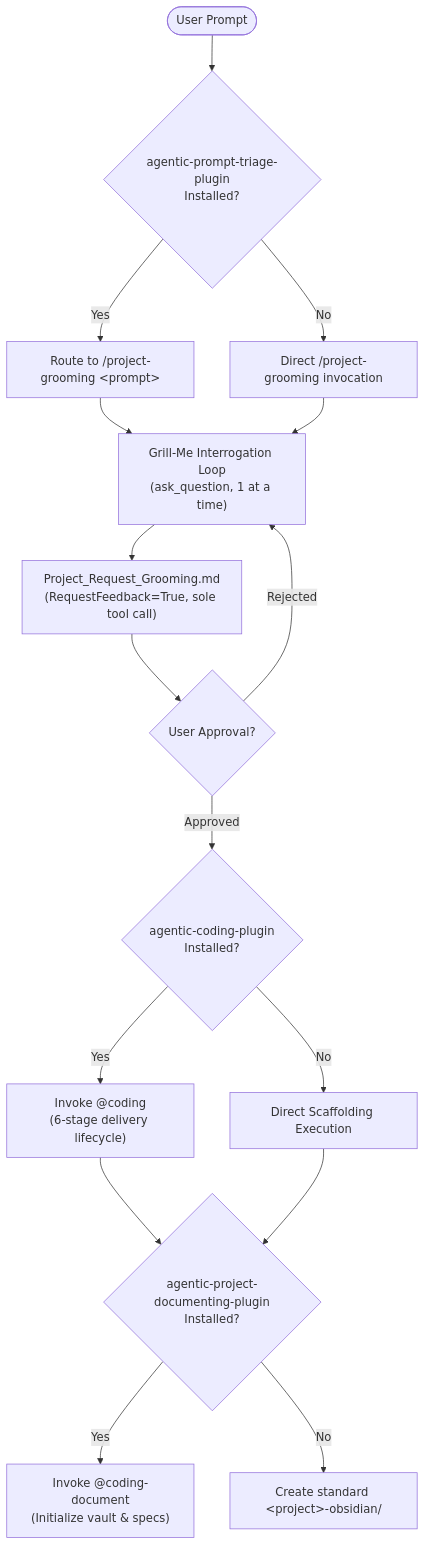
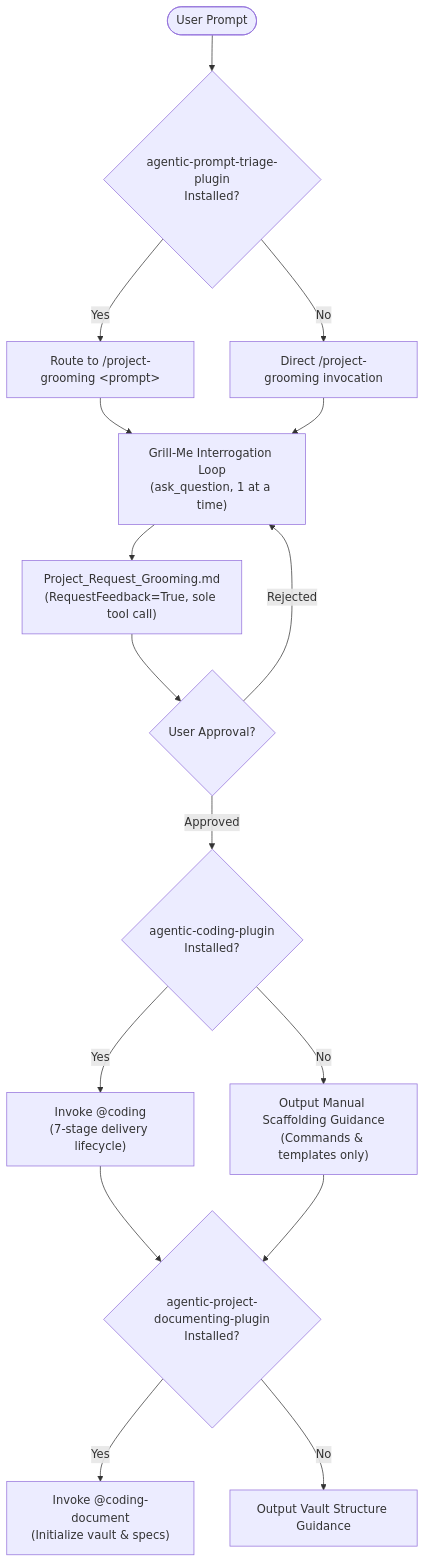
The diagram in plugins/agentic-project-grooming-plugin.md (gpfister/agentic-obsidian), drawn with Mermaid before and after one commit. The commit also changed other lines of this file and 20 other files, not shown here.

````diff
--- a/plugins/agentic-project-grooming-plugin.md
+++ b/plugins/agentic-project-grooming-plugin.md
@@ -83,23 +83,23 @@
 ```mermaid
 flowchart TD
     Prompt(["User Prompt"]) --> Triage{"agentic-prompt-triage-plugin<br/>Installed?"}
     Triage -->|"Yes"| Route["Route to /project-grooming &lt;prompt&gt;"]
     Triage -->|"No"| Manual["Direct /project-grooming invocation"]
     
     Route --> GrillMe["Grill-Me Interrogation Loop<br/>(ask_question, 1 at a time)"]
     Manual --> GrillMe
     
     GrillMe --> Artifact["Project_Request_Grooming.md<br/>(RequestFeedback=True, sole tool call)"]
     Artifact --> Gate{"User Approval?"}
     Gate -->|"Approved"| CodingCheck{"agentic-coding-plugin<br/>Installed?"}
     Gate -->|"Rejected"| GrillMe
     
-    CodingCheck -->|"Yes"| CallCoding["Invoke @coding<br/>(6-stage delivery lifecycle)"]
-    CodingCheck -->|"No"| LocalScaffold["Direct Scaffolding Execution"]
+    CodingCheck -->|"Yes"| CallCoding["Invoke @coding<br/>(7-stage delivery lifecycle)"]
+    CodingCheck -->|"No"| LocalScaffold["Output Manual Scaffolding Guidance<br/>(Commands & templates only)"]
     
     CallCoding --> DocCheck{"agentic-project-documenting-plugin<br/>Installed?"}
     LocalScaffold --> DocCheck
     
     DocCheck -->|"Yes"| CallDoc["Invoke @coding-document<br/>(Initialize vault & specs)"]
-    DocCheck -->|"No"| LocalDoc["Create standard &lt;project&gt;-obsidian/"]
+    DocCheck -->|"No"| LocalDoc["Output Vault Structure Guidance"]
 ```
````
